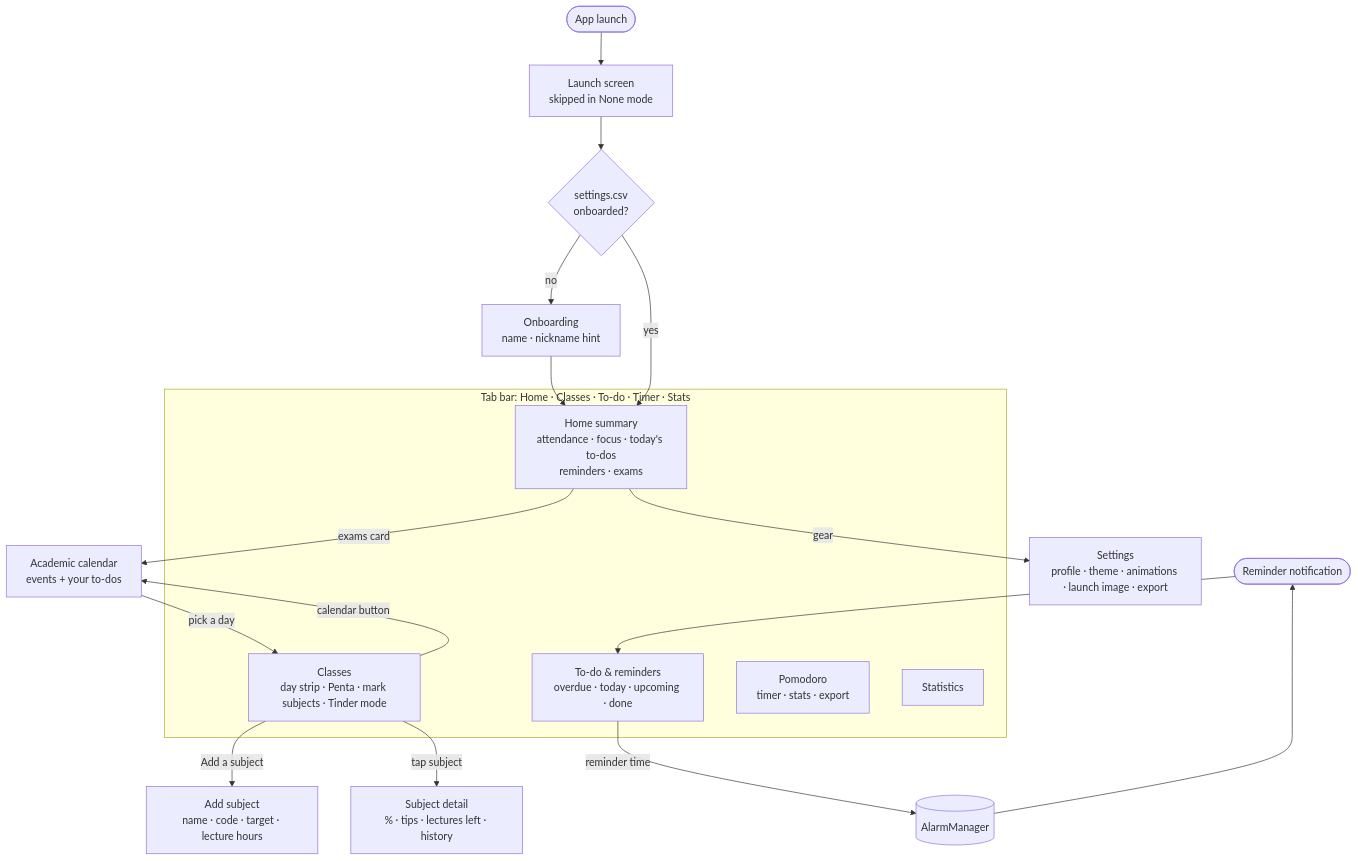
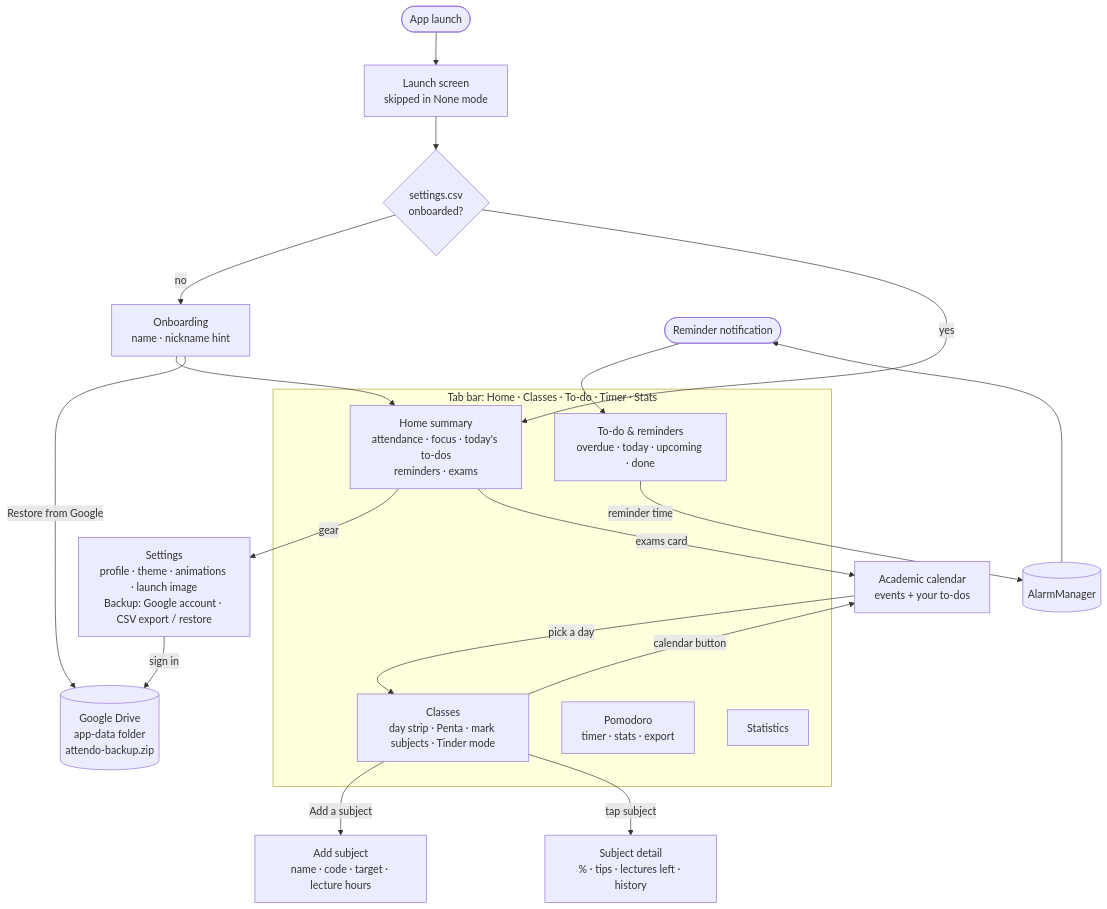
Before and after one commit to madhukarverma/attendo: the second of 3 diagrams in docs/FLOWCHART.md, drawn with Mermaid. The commit also changed other lines of this file and 24 other files, not shown here.

First line of the commit message:
feat(backup): back up to and restore from a Google account

````diff
--- a/docs/FLOWCHART.md
+++ b/docs/FLOWCHART.md
@@ -28,24 +28,26 @@
 ```mermaid
 flowchart TD
     Launch([App launch]) --> Splash[Launch screen<br/>skipped in None mode]
     Splash --> Load{settings.csv<br/>onboarded?}
     Load -- no --> Onb[Onboarding<br/>name · nickname hint] --> Home
     Load -- yes --> Home
     Notif([Reminder notification]) --> Todo
 
     subgraph Tabs["Tab bar: Home · Classes · To-do · Timer · Stats"]
         Home[Home summary<br/>attendance · focus · today's to-dos<br/>reminders · exams]
         Classes[Classes<br/>day strip · Penta · mark subjects · Tinder mode]
         Todo[To-do & reminders<br/>overdue · today · upcoming · done]
         Timer[Pomodoro<br/>timer · stats · export]
         Stats[Statistics]
     end
 
-    Home -- gear --> Settings[Settings<br/>profile · theme · animations · launch image · export]
+    Home -- gear --> Settings[Settings<br/>profile · theme · animations · launch image<br/>Backup: Google account · CSV export / restore]
+    Settings -- sign in --> Drive[(Google Drive<br/>app-data folder<br/>attendo-backup.zip)]
+    Onb -- Restore from Google --> Drive
     Home -- exams card --> Cal[Academic calendar<br/>events + your to-dos]
     Classes -- calendar button --> Cal
     Cal -- pick a day --> Classes
     Classes -- Add a subject --> Add[Add subject<br/>name · code · target · lecture hours]
     Classes -- tap subject --> Detail[Subject detail<br/>% · tips · lectures left · history]
     Todo -- reminder time --> Alarm[(AlarmManager)] --> Notif
 ```
````
